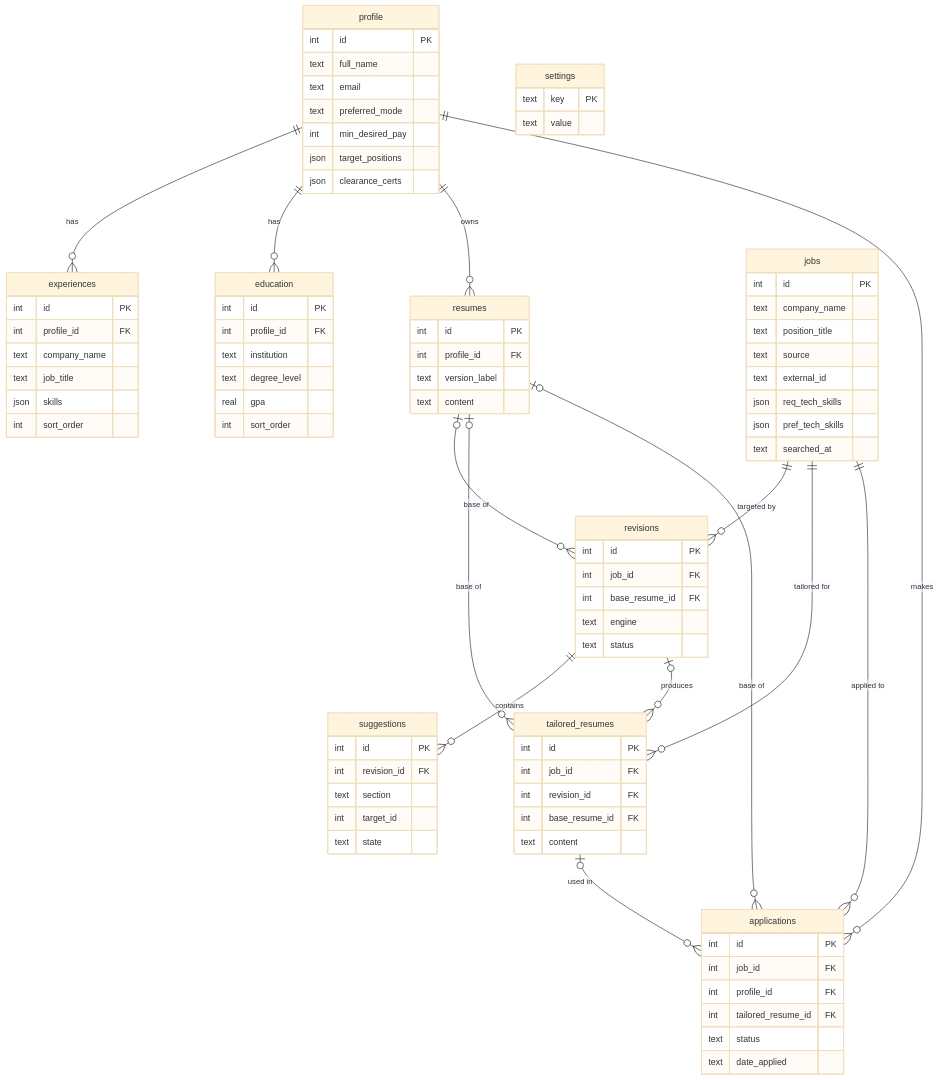
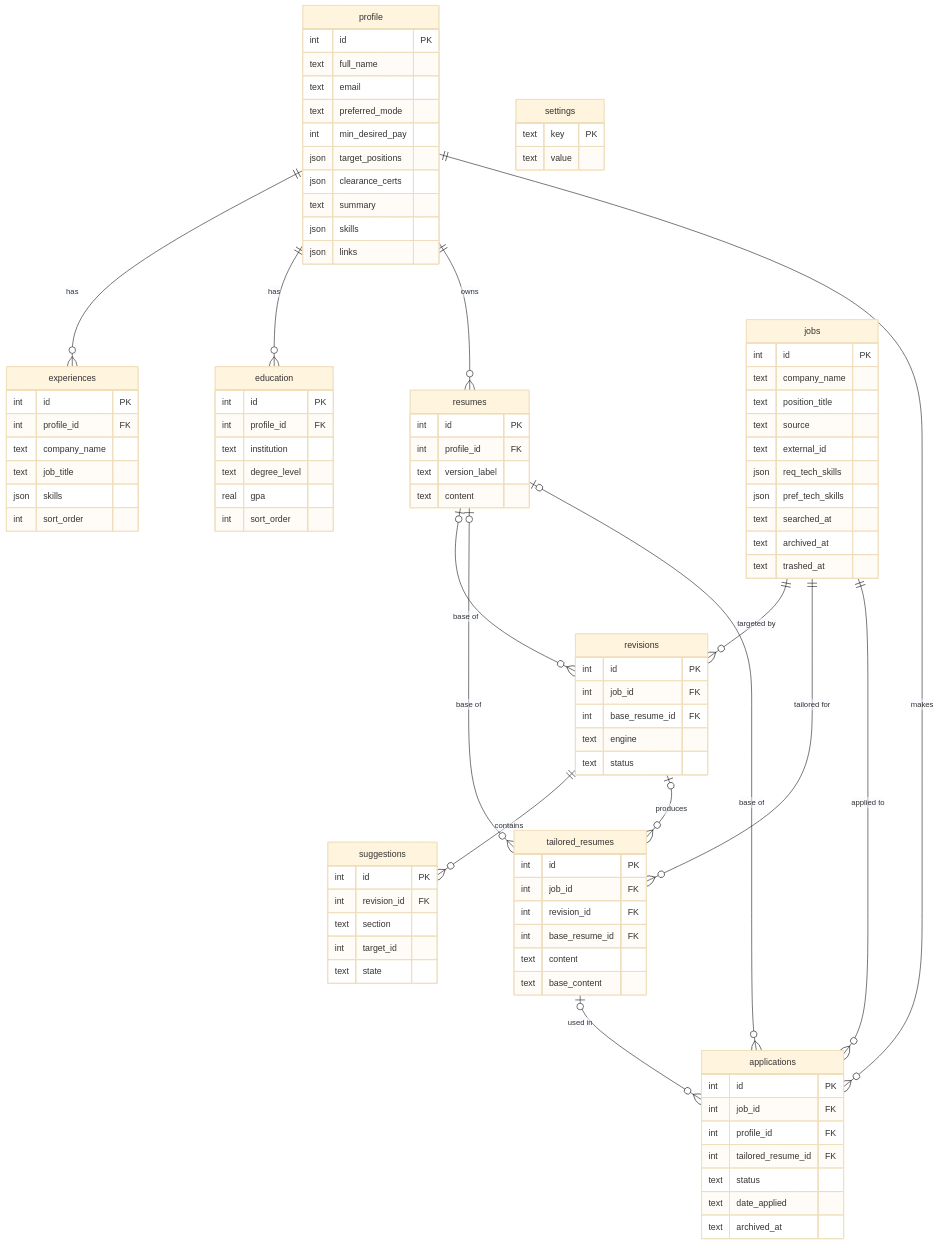
The diagram in docs/schema.md (tlmcguire/fistbump), drawn with Mermaid (base theme) before and after one commit. The commit also changed other lines of this file and 5 other files, not shown here.

```diff
--- a/docs/schema.md
+++ b/docs/schema.md
@@ -38,6 +38,9 @@
         int min_desired_pay
         json target_positions
         json clearance_certs
+        text summary
+        json skills
+        json links
     }
     experiences {
         int id PK
@@ -70,6 +73,8 @@
         json req_tech_skills
         json pref_tech_skills
         text searched_at
+        text archived_at
+        text trashed_at
     }
     revisions {
         int id PK
@@ -91,6 +96,7 @@
         int revision_id FK
         int base_resume_id FK
         text content
+        text base_content
     }
     applications {
         int id PK
@@ -99,6 +105,7 @@
         int tailored_resume_id FK
         text status
         text date_applied
+        text archived_at
     }
     settings {
         text key PK
```
